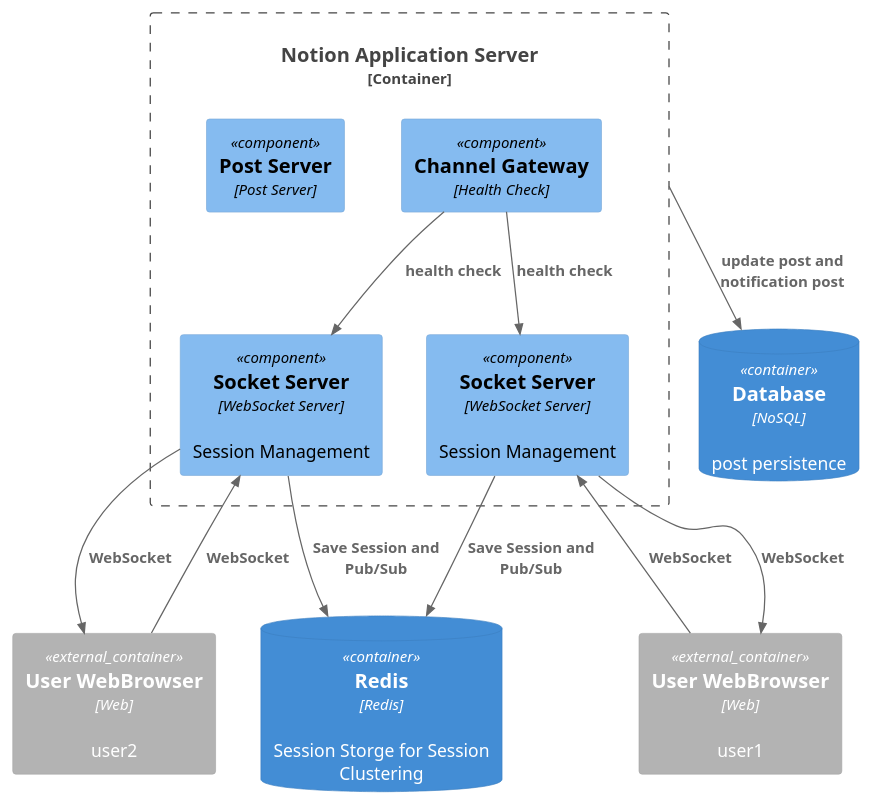
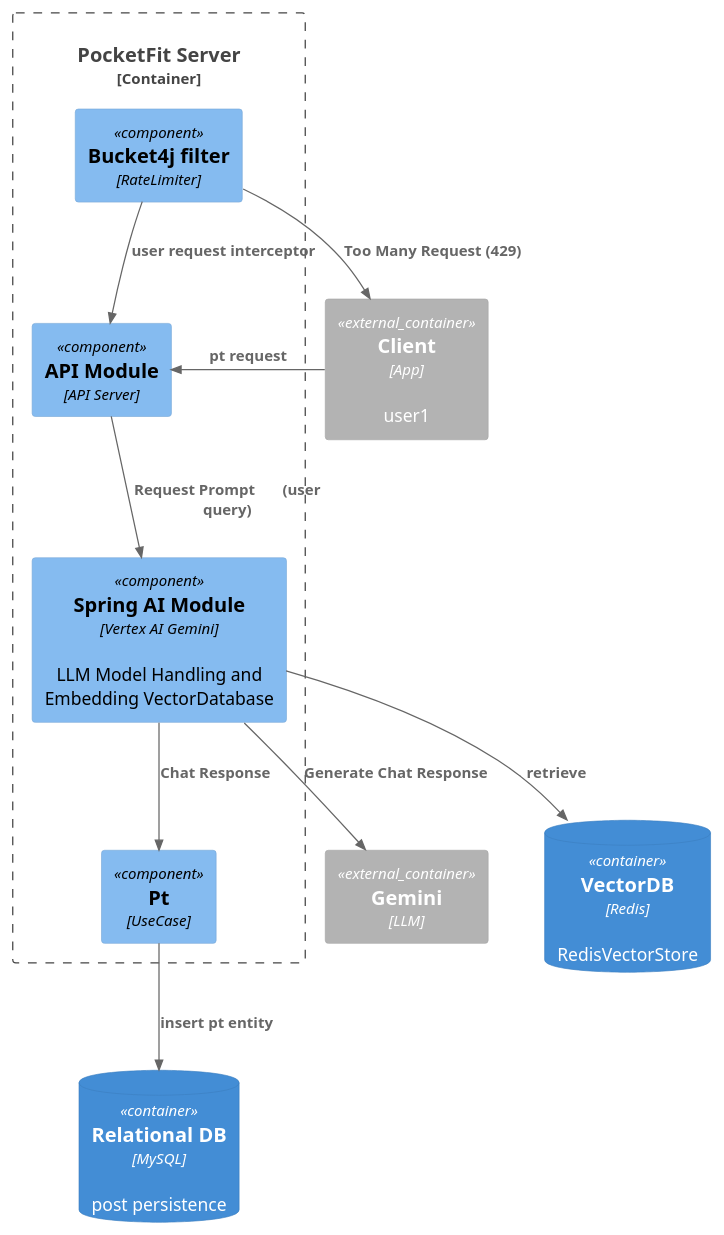
The diagram in docs/context.puml (PARKPARKWOO/barbellrobot-backend), drawn with PlantUML before and after one commit. The commit also changed 47 other files, not shown here.

```diff
--- a/docs/context.puml
+++ b/docs/context.puml
@@ -1,28 +1,26 @@
 @startuml
 !include https://raw.githubusercontent.com/plantuml-stdlib/C4-PlantUML/master/C4_Component.puml
 
-Container_Ext(usr1, "User WebBrowser", "Web", "user1")
-Container_Ext(usr2, "User WebBrowser", "Web", "user2")
+Container_Ext(usr1, "Client", "App", "user1")
+Container_Ext(gemini, "Gemini", "LLM", "")
 
+ContainerDb(db, "Relational DB", "MySQL", "post persistence")
+ContainerDb(redis, "VectorDB", "Redis", "RedisVectorStore")
 
-ContainerDb(db, "Database", "NoSQL", "post persistence")
-ContainerDb(redis, "Redis", "Redis", "Session Storge for Session Clustering")
-
-Container_Boundary(server, "Notion Application Server") {
-    Component(app1, "Socket Server", "WebSocket Server", "Session Management")
-    Component(app2, "Socket Server", "WebSocket Server", "Session Management")
-    Component(ch, "Channel Gateway", "Health Check")
-    Component(post, "Post Server", "Post Server")
+Container_Boundary(server, "PocketFit Server") {
+    Component(app1, "API Module", "API Server", "")
+    Component(app2, "Spring AI Module", "Vertex AI Gemini", "LLM Model Handling and Embedding VectorDatabase")
+    Component(ch, "Bucket4j filter", "RateLimiter")
+    Component(pt, "Pt", "UseCase")
 }
 
-Rel(usr1, app1, "WebSocket")
-Rel(app1, usr1, "WebSocket")
-Rel(usr2, app2, "WebSocket")
-Rel(app2, usr2, "WebSocket")
-Rel(app1, redis, "Save Session and Pub/Sub")
-Rel(app2, redis, "Save Session and Pub/Sub")
-Rel(ch, app1, "health check")
-Rel(ch, app2, "health check")
-Rel(server, db, "update post and notification post")
+Rel(app1, app2, "Request Prompt       (user query)")
+Rel(app2, redis, "retrieve")
+Rel(usr1, app1, "pt request")
+Rel(ch, app1, "user request interceptor")
+Rel(ch, usr1, "Too Many Request (429)")
+Rel(app2, gemini, "Generate Chat Response")
+Rel(app2, pt, "Chat Response")
+Rel(pt, db, "insert pt entity")
 
 @enduml
```
